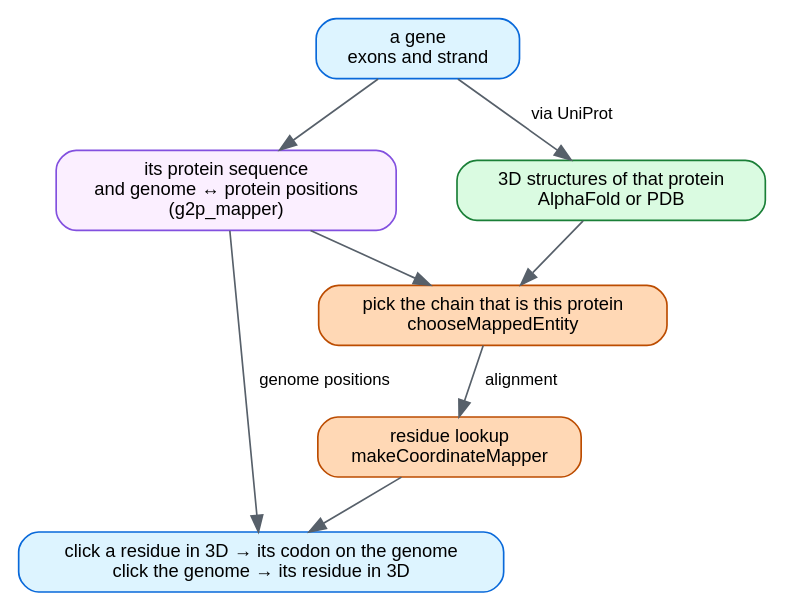
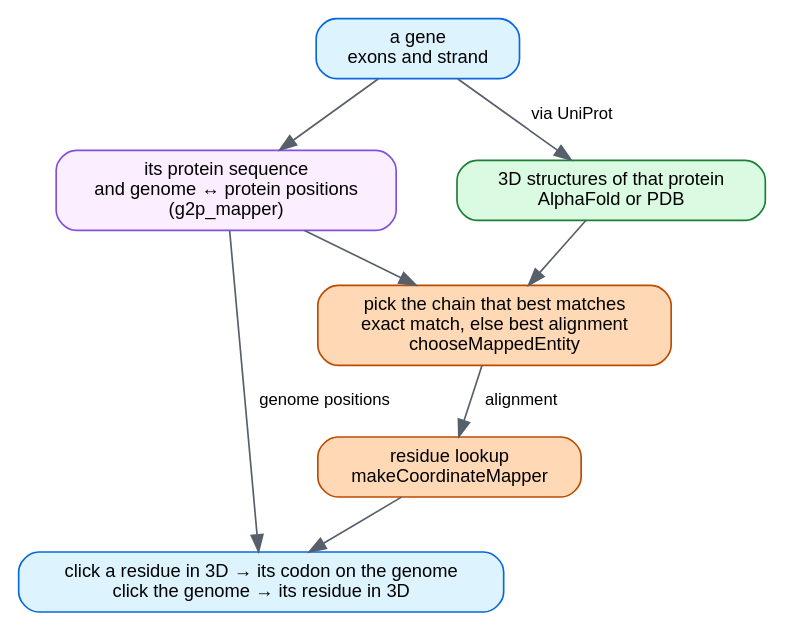
One commit to GMOD/p2s_mapper changed the diagram in docs/img/pipeline.dot. Above: the diagram before and after it, drawn with Graphviz. The commit also changed 3 other files, not shown here.

Commit message:
docs: say what 'best match' means for chain choice

```diff
--- a/docs/img/pipeline.dot
+++ b/docs/img/pipeline.dot
@@ -1,32 +1,32 @@
 // Source for docs/img/pipeline.svg, which docs/pipeline.md and the README embed.
 // Regenerate with: dot -Tsvg docs/img/pipeline.dot -o docs/img/pipeline.svg
 //
 // Deliberately the MAIN PATH only. The quality check, the SIFTS trim and the
 // choice of structure source are in docs/pipeline.md instead: a diagram that
 // shows every branch stops being the thing you look at first.
 //
 // SYNC: palette follows ~/src/gmod/bam-js/docs/img/dataflow.dot.
 digraph p2smapper {
   rankdir=TB
   bgcolor="white"
   nodesep=0.5
   ranksep=0.45
   node [shape=box style="filled,rounded" fillcolor="#f6f8fa" color="#57606a"
         fontname="Helvetica" fontsize=11 margin="0.18,0.09"]
   edge [color="#57606a" fontname="Helvetica" fontsize=10]
 
   gene      [label="a gene\nexons and strand" fillcolor="#ddf4ff" color="#0969da"]
   protein   [label="its protein sequence\nand genome ↔ protein positions\n(g2p_mapper)" fillcolor="#fbefff" color="#8250df"]
   structure [label="3D structures of that protein\nAlphaFold or PDB" fillcolor="#dafbe1" color="#1a7f37"]
-  chain     [label="pick the chain that is this protein\nchooseMappedEntity" fillcolor="#ffd8b5" color="#bc4c00"]
+  chain     [label="pick the chain that best matches\nexact match, else best alignment\nchooseMappedEntity" fillcolor="#ffd8b5" color="#bc4c00"]
   lookup    [label="residue lookup\nmakeCoordinateMapper" fillcolor="#ffd8b5" color="#bc4c00"]
   result    [label="click a residue in 3D → its codon on the genome\nclick the genome → its residue in 3D" fillcolor="#ddf4ff" color="#0969da"]
 
   gene -> protein
   gene -> structure [label=" via UniProt "]
   protein -> chain
   structure -> chain
   chain -> lookup [label=" alignment "]
   lookup -> result
   protein -> result [label=" genome positions "]
 }
```
